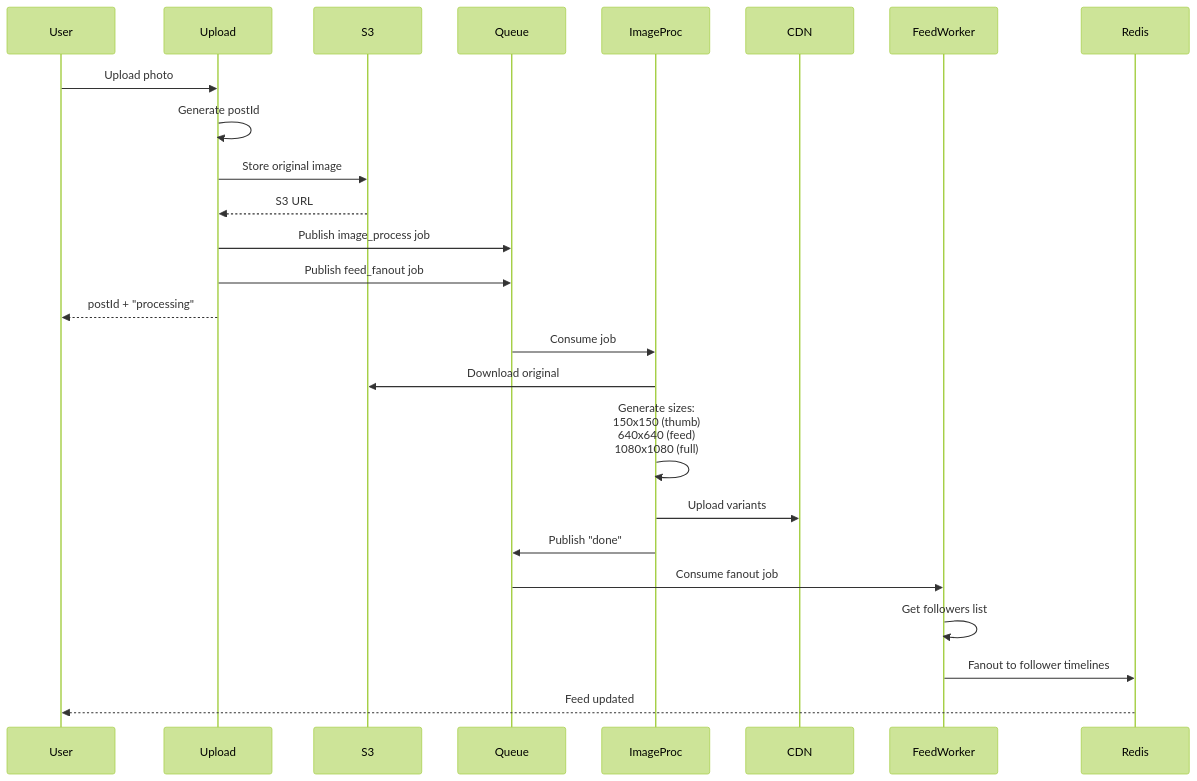
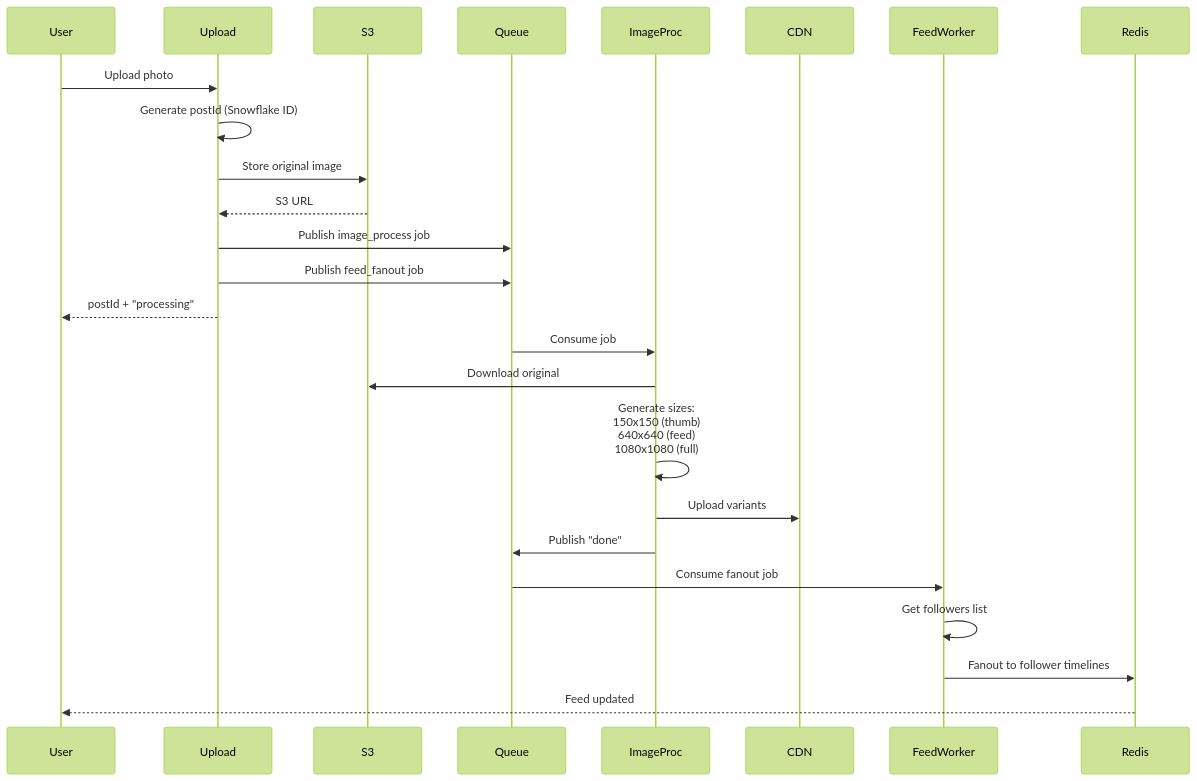
One commit to nishchalnishant/SystemDesign changed the second of 5 diagrams in hld-problems/medium/instagram.md. Above: the diagram before and after it, drawn with Mermaid (forest theme). The commit also changed other lines of this file and 16 other files, not shown here.

````diff
--- a/hld-problems/medium/instagram.md
+++ b/hld-problems/medium/instagram.md
@@ -192,30 +192,30 @@
 ```mermaid
 sequenceDiagram
     participant User
     participant Upload
     participant S3
     participant Queue
     participant ImageProc
     participant CDN
     participant FeedWorker
     participant Redis
     
     User->>Upload: Upload photo
-    Upload->>Upload: Generate postId
+    Upload->>Upload: Generate postId (Snowflake ID)
     Upload->>S3: Store original image
     S3-->>Upload: S3 URL
     Upload->>Queue: Publish image_process job
     Upload->>Queue: Publish feed_fanout job
     Upload-->>User: postId + "processing"
-    
+
     Queue->>ImageProc: Consume job
     ImageProc->>S3: Download original
     ImageProc->>ImageProc: Generate sizes:<br/>150x150 (thumb)<br/>640x640 (feed)<br/>1080x1080 (full)
     ImageProc->>CDN: Upload variants
     ImageProc->>Queue: Publish "done"
     
     Queue->>FeedWorker: Consume fanout job
     FeedWorker->>FeedWorker: Get followers list
     FeedWorker->>Redis: Fanout to follower timelines
     Redis-->>User: Feed updated
 ```
````
